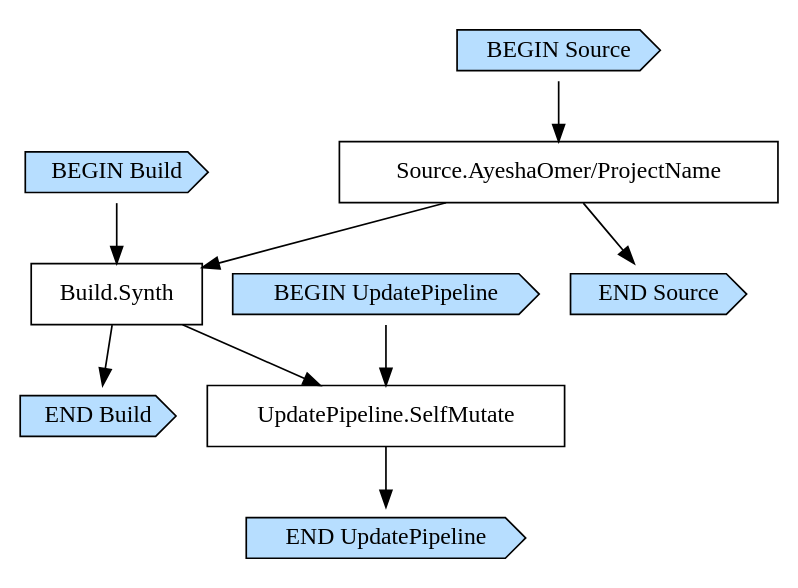
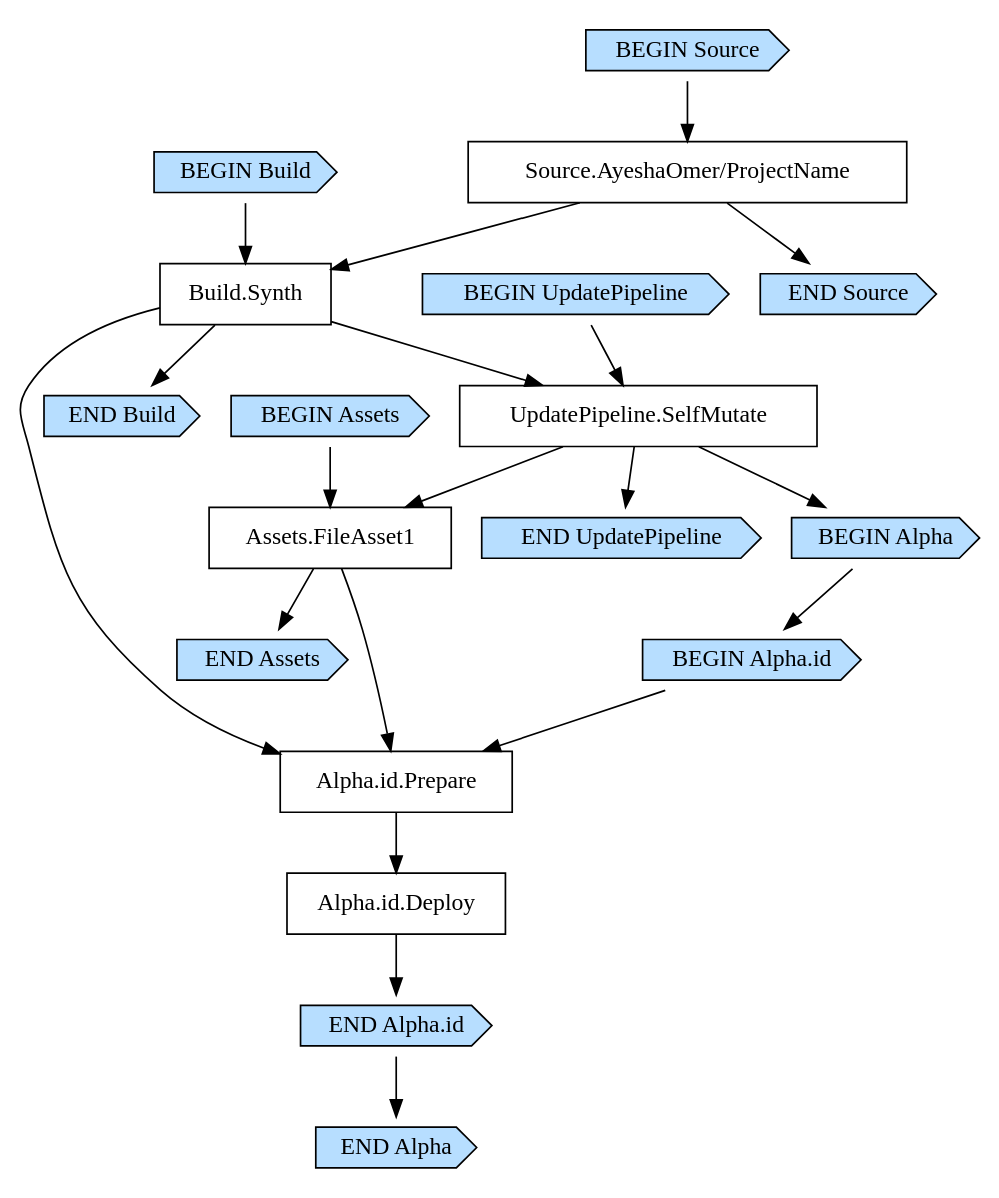
Before and after one commit to AyeshaOmer/ProjectName: the diagram in Ayesha/cdk.out/PipelineStackpipelineE8F65EF0.dot, drawn with Graphviz. The commit also changed 13 other files, not shown here.

```diff
--- a/Ayesha/cdk.out/PipelineStackpipelineE8F65EF0.dot
+++ b/Ayesha/cdk.out/PipelineStackpipelineE8F65EF0.dot
@@ -1,24 +1,44 @@
 digraph G {
   # Arrows represent an "unlocks" relationship (opposite of dependency). So chosen
   # because the layout looks more natural that way.
   # To represent subgraph dependencies, subgraphs are represented by BEGIN/END nodes.
   # To render: `dot -Tsvg PipelineStackpipelineE8F65EF0.dot > graph.svg`, open in a browser.
   node [shape="box"];
 "BEGIN Build" [shape="cds", style="filled", fillcolor="#b7deff"];
 "END Build" [shape="cds", style="filled", fillcolor="#b7deff"];
 "Build.Synth";
 "Source.AyeshaOmer/ProjectName" -> "Build.Synth";
 "BEGIN Build" -> "Build.Synth";
 "Build.Synth" -> "END Build";
 "BEGIN UpdatePipeline" [shape="cds", style="filled", fillcolor="#b7deff"];
 "END UpdatePipeline" [shape="cds", style="filled", fillcolor="#b7deff"];
 "UpdatePipeline.SelfMutate";
 "Build.Synth" -> "UpdatePipeline.SelfMutate";
 "BEGIN UpdatePipeline" -> "UpdatePipeline.SelfMutate";
 "UpdatePipeline.SelfMutate" -> "END UpdatePipeline";
+"BEGIN Assets" [shape="cds", style="filled", fillcolor="#b7deff"];
+"END Assets" [shape="cds", style="filled", fillcolor="#b7deff"];
+"Assets.FileAsset1";
+"UpdatePipeline.SelfMutate" -> "Assets.FileAsset1";
+"BEGIN Assets" -> "Assets.FileAsset1";
+"Assets.FileAsset1" -> "END Assets";
+"BEGIN Alpha" [shape="cds", style="filled", fillcolor="#b7deff"];
+"END Alpha" [shape="cds", style="filled", fillcolor="#b7deff"];
+"UpdatePipeline.SelfMutate" -> "BEGIN Alpha";
+"BEGIN Alpha.id" [shape="cds", style="filled", fillcolor="#b7deff"];
+"END Alpha.id" [shape="cds", style="filled", fillcolor="#b7deff"];
+"Alpha.id.Deploy";
+"Alpha.id.Prepare" -> "Alpha.id.Deploy";
+"Alpha.id.Prepare";
+"Build.Synth" -> "Alpha.id.Prepare";
+"Assets.FileAsset1" -> "Alpha.id.Prepare";
+"BEGIN Alpha.id" -> "Alpha.id.Prepare";
+"Alpha.id.Deploy" -> "END Alpha.id";
+"BEGIN Alpha" -> "BEGIN Alpha.id";
+"END Alpha.id" -> "END Alpha";
 "BEGIN Source" [shape="cds", style="filled", fillcolor="#b7deff"];
 "END Source" [shape="cds", style="filled", fillcolor="#b7deff"];
 "Source.AyeshaOmer/ProjectName";
 "BEGIN Source" -> "Source.AyeshaOmer/ProjectName";
 "Source.AyeshaOmer/ProjectName" -> "END Source";
 }
```
